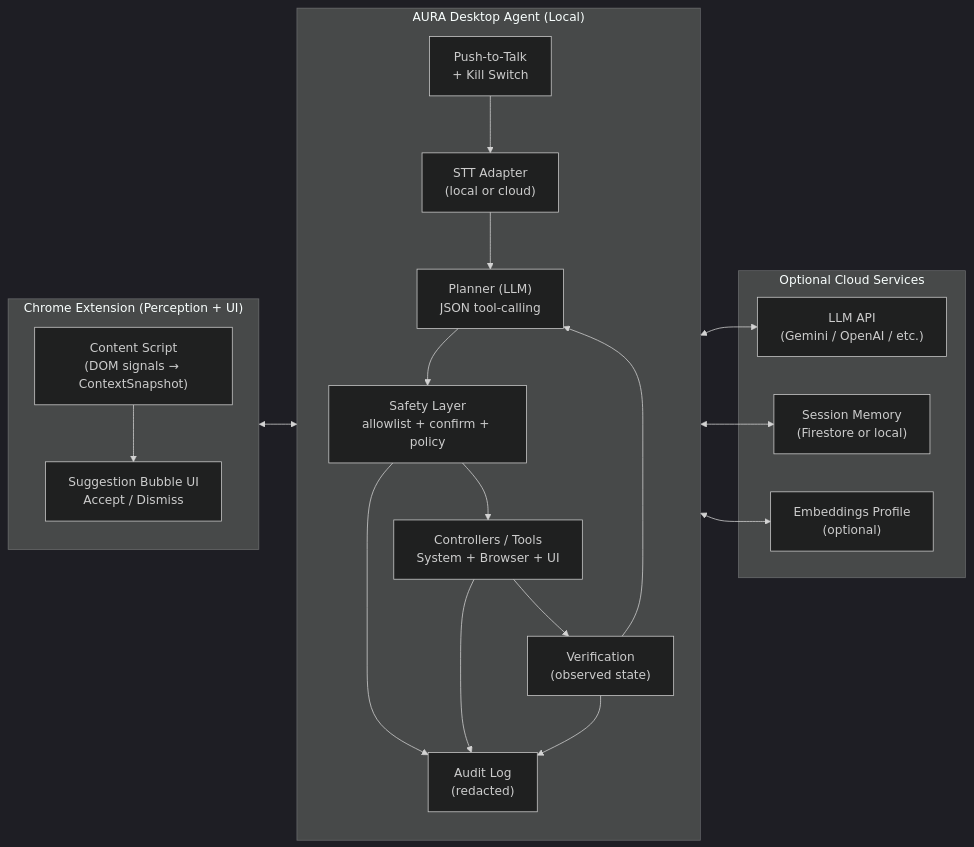
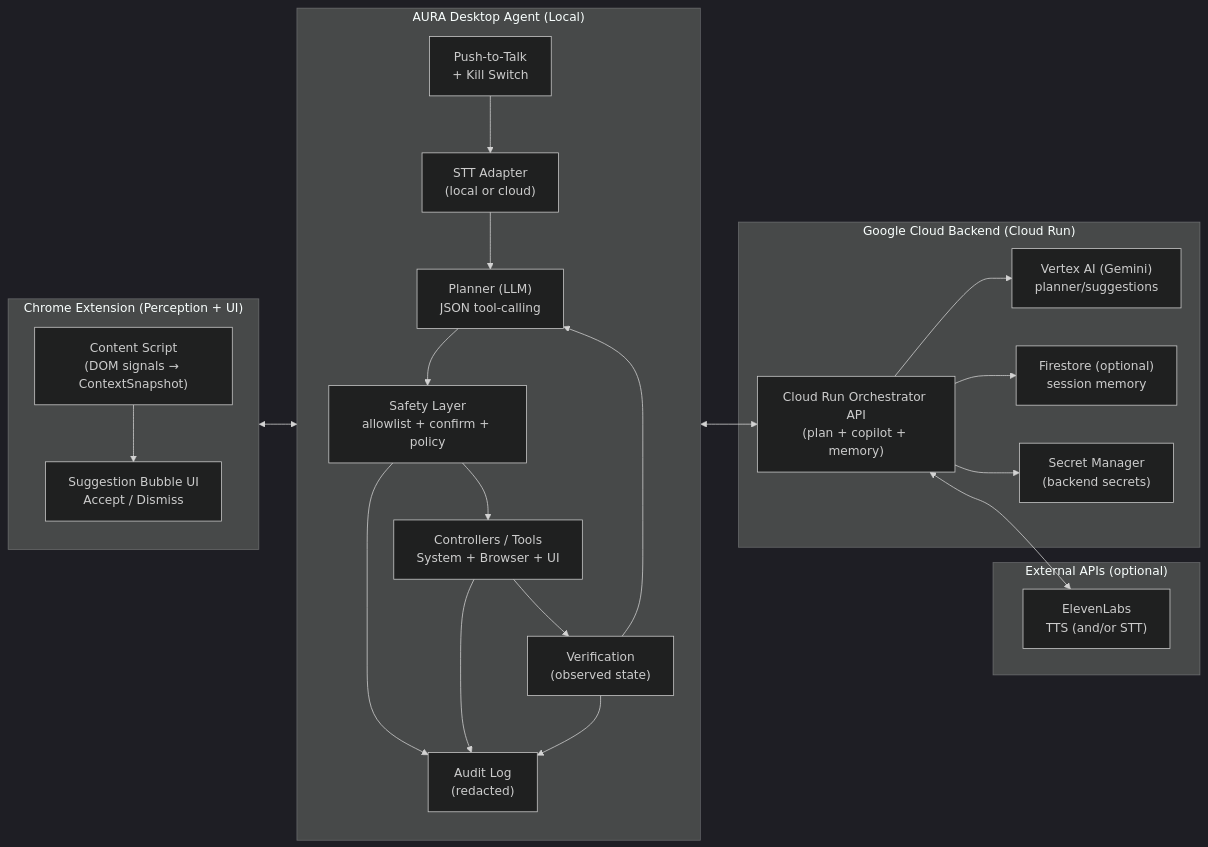
The diagram in README.md (optimusbuilder/Jarvis), drawn with Mermaid (dark theme) before and after one commit. The commit also changed other lines of this file and 1 other file, not shown here.

Commit message:
Summarize AURA copilot vision

````diff
--- a/README.md
+++ b/README.md
@@ -34,33 +36,40 @@
 ```mermaid
 flowchart LR
   subgraph Browser["Chrome Extension (Perception + UI)"]
     CS["Content Script\n(DOM signals → ContextSnapshot)"]
     BGUI["Suggestion Bubble UI\nAccept / Dismiss"]
     CS --> BGUI
   end
 
   subgraph Desktop["AURA Desktop Agent (Local)"]
     PTT["Push‑to‑Talk\n+ Kill Switch"]
     STT["STT Adapter\n(local or cloud)"]
     PLAN["Planner (LLM)\nJSON tool-calling"]
     SAFE["Safety Layer\nallowlist + confirm + policy"]
     TOOLS["Controllers / Tools\nSystem + Browser + UI"]
     VERIFY["Verification\n(observed state)"]
     LOG["Audit Log\n(redacted)"]
     PTT --> STT --> PLAN --> SAFE --> TOOLS --> VERIFY --> PLAN
     SAFE --> LOG
     TOOLS --> LOG
     VERIFY --> LOG
   end
 
-  subgraph Cloud["Optional Cloud Services"]
-    LLM["LLM API\n(Gemini / OpenAI / etc.)"]
-    MEM["Session Memory\n(Firestore or local)"]
-    EMB["Embeddings Profile\n(optional)"]
+  subgraph GCP["Google Cloud Backend (Cloud Run)"]
+    CR["Cloud Run Orchestrator API\n(plan + copilot + memory)"]
+    VAI["Vertex AI (Gemini)\nplanner/suggestions"]
+    FS["Firestore (optional)\nsession memory"]
+    SM["Secret Manager\n(backend secrets)"]
+    CR --> VAI
+    CR --> FS
+    CR --> SM
+  end
+
+  subgraph External["External APIs (optional)"]
+    EL["ElevenLabs\nTTS (and/or STT)"]
   end
 
   Browser <--> Desktop
-  Desktop <--> LLM
-  Desktop <--> MEM
-  Desktop <--> EMB
+  Desktop <--> CR
+  CR <--> EL
 ```
````
